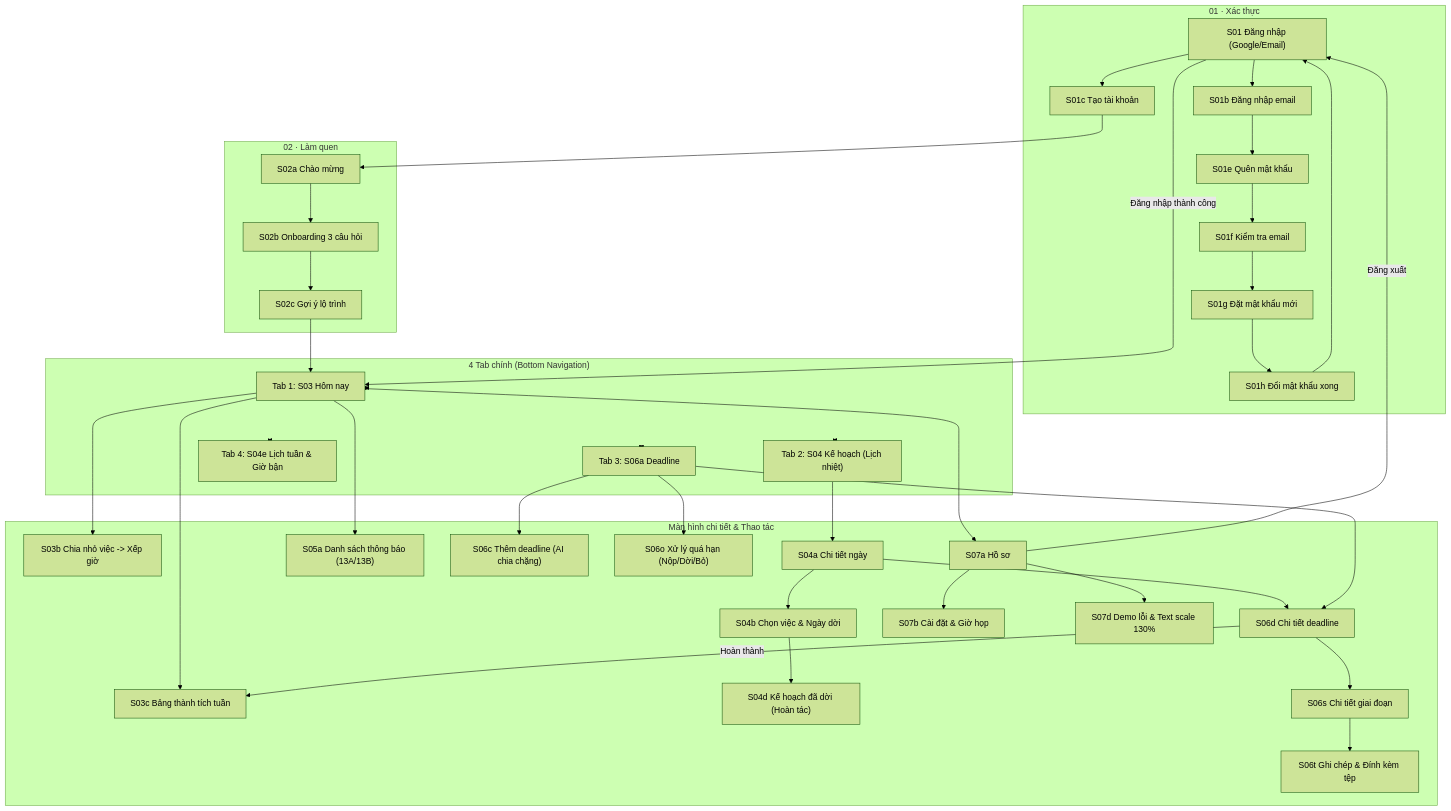
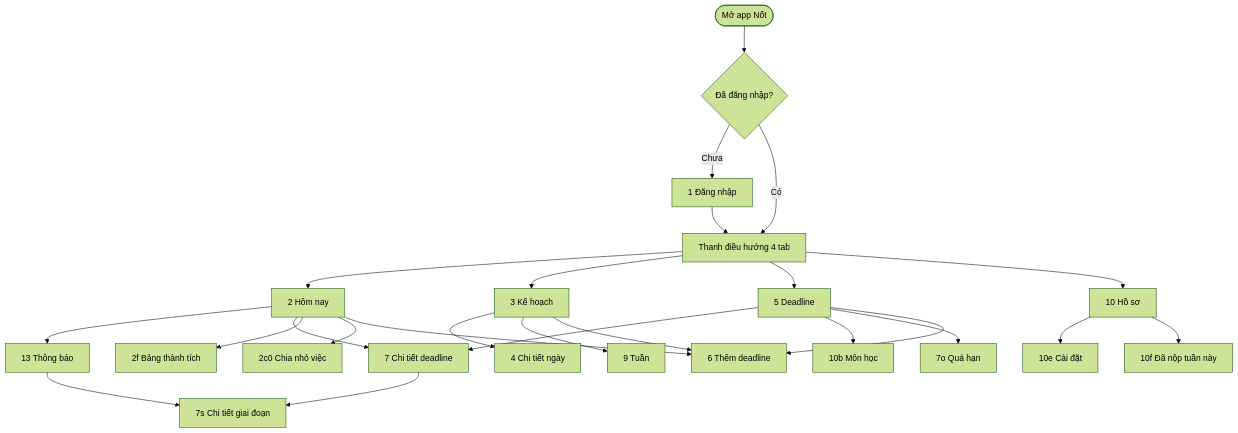
The first of 17 diagrams in ux/user-flow.md (FU-PRM-Projects/prm393-lab2-group9), drawn with Mermaid (forest theme) before and after one commit. The commit also changed other lines of this file and 7 other files, not shown here.

Commit message:
docs: align flows, screens, tokens and handoff with Figma

````diff
--- a/ux/user-flow.md
+++ b/ux/user-flow.md
@@ -53,72 +28,27 @@
 ```mermaid
 flowchart TD
-  subgraph AUTH["01 · Xác thực"]
-    S01["S01 Đăng nhập (Google/Email)"]
-    S01b["S01b Đăng nhập email"]
-    S01c["S01c Tạo tài khoản"]
-    S01e["S01e Quên mật khẩu"]
-    S01f["S01f Kiểm tra email"]
-    S01g["S01g Đặt mật khẩu mới"]
-    S01h["S01h Đổi mật khẩu xong"]
-  end
-
-  subgraph ONBOARD["02 · Làm quen"]
-    S02a["S02a Chào mừng"]
-    S02b["S02b Onboarding 3 câu hỏi"]
-    S02c["S02c Gợi ý lộ trình"]
-  end
-
-  subgraph MAIN_TABS["4 Tab chính (Bottom Navigation)"]
-    S03["Tab 1: S03 Hôm nay"]
-    S04["Tab 2: S04 Kế hoạch (Lịch nhiệt)"]
-    S06a["Tab 3: S06a Deadline"]
-    S04e["Tab 4: S04e Lịch tuần & Giờ bận"]
-  end
-
-  subgraph DETAILS["Màn hình chi tiết & Thao tác"]
-    S03b["S03b Chia nhỏ việc -> Xếp giờ"]
-    S03c["S03c Bảng thành tích tuần"]
-    S04a["S04a Chi tiết ngày"]
-    S04b["S04b Chọn việc & Ngày dời"]
-    S04d["S04d Kế hoạch đã dời (Hoàn tác)"]
-    S05a["S05a Danh sách thông báo (13A/13B)"]
-    S06c["S06c Thêm deadline (AI chia chặng)"]
-    S06d["S06d Chi tiết deadline"]
-    S06s["S06s Chi tiết giai đoạn"]
-    S06t["S06t Ghi chép & Đính kèm tệp"]
-    S06o["S06o Xử lý quá hạn (Nộp/Dời/Bỏ)"]
-    S07a["S07a Hồ sơ"]
-    S07b["S07b Cài đặt & Giờ họp"]
-    S07d["S07d Demo lỗi & Text scale 130%"]
-  end
-
-  S01 --> S01b
-  S01 --> S01c
-  S01b --> S01e --> S01f --> S01g --> S01h --> S01
-  S01c --> S02a --> S02b --> S02c --> S03
-  S01 -- Đăng nhập thành công --> S03
-
-  MAIN_TABS <--> S03
-  MAIN_TABS <--> S04
-  MAIN_TABS <--> S06a
-  MAIN_TABS <--> S04e
-
-  S03 --> S03b
-  S03 --> S03c
-  S03 --> S05a
-  S03 --> S07a
-
-  S04 --> S04a --> S04b --> S04d
-  S04a --> S06d
-
-  S06a --> S06c
-  S06a --> S06d
-  S06a --> S06o
-
-  S06d --> S06s --> S06t
-  S06d -- Hoàn thành --> S03c
-
-  S07a --> S07b
-  S07a --> S07d
-  S07a -- Đăng xuất --> S01
+  OPEN([Mở app Nốt]) --> D{Đã đăng nhập?}
+  D -- Chưa --> S1["1 Đăng nhập"]
+  D -- Có --> NAV["Thanh điều hướng 4 tab"]
+  S1 --> NAV
+  NAV --> T1["2 Hôm nay"]
+  NAV --> T2["3 Kế hoạch"]
+  NAV --> T3["5 Deadline"]
+  NAV --> T4["10 Hồ sơ"]
+  T1 --> N13["13 Thông báo"]
+  T1 --> N7["7 Chi tiết deadline"]
+  T1 --> N2f["2f Bảng thành tích"]
+  T1 --> N2c0["2c0 Chia nhỏ việc"]
+  T2 --> N4["4 Chi tiết ngày"]
+  T2 --> N9["9 Tuần"]
+  T3 --> N7
+  T3 --> N10b["10b Môn học"]
+  T3 --> N7o["7o Quá hạn"]
+  T4 --> N10e["10e Cài đặt"]
+  T4 --> N10f["10f Đã nộp tuần này"]
+  N7 --> N7s["7s Chi tiết giai đoạn"]
+  N13 --> N7s
+  T1 --> ADD["6 Thêm deadline"]
+  T2 --> ADD
+  T3 --> ADD
 ```
````
